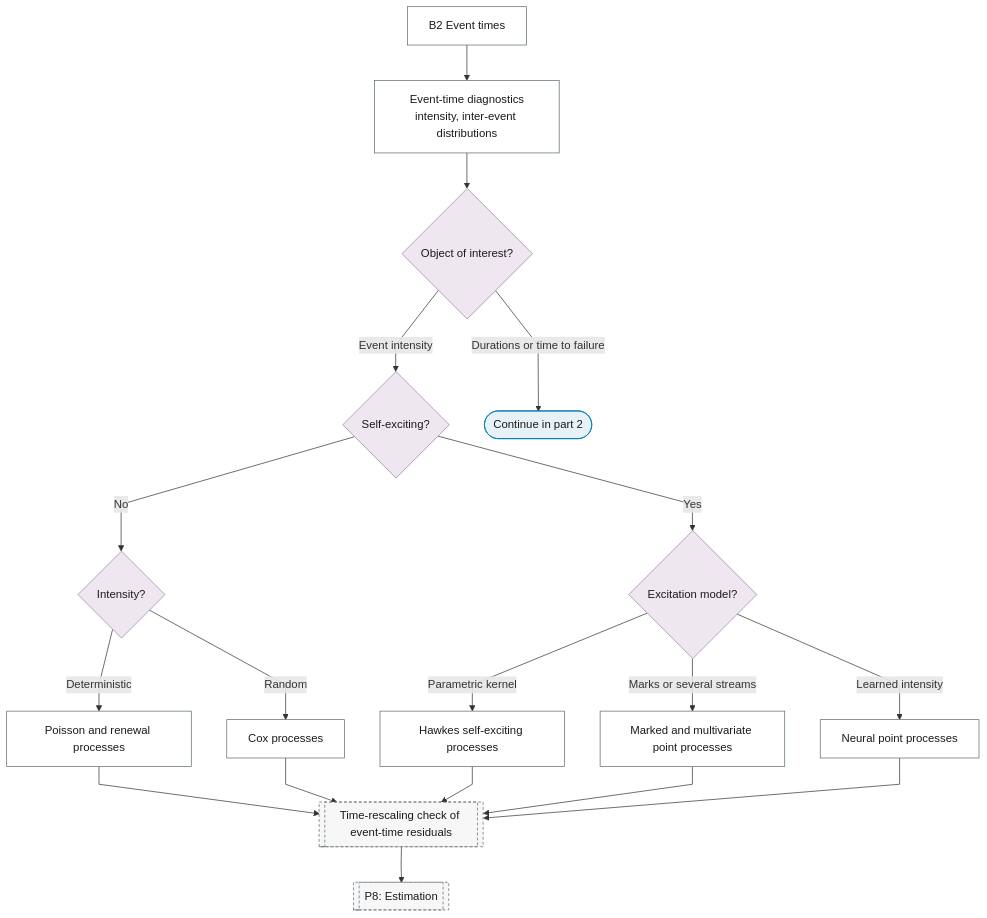
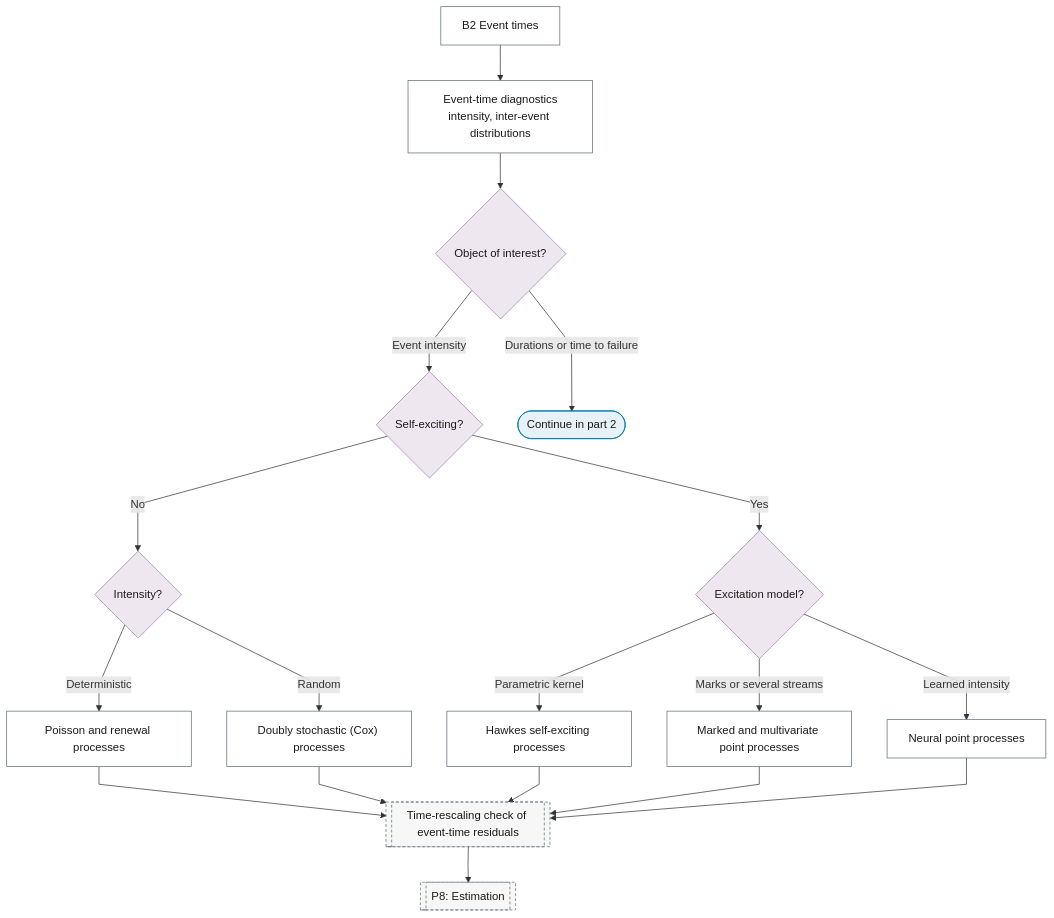
Before and after one commit to Shuxin-Y/time-series-analysis-manual: the first of 2 diagrams in docs/reference/17-point-processes/index.md, drawn with Mermaid. The commit also changed other lines of this file and 6 other files, not shown here.

````diff
--- a/docs/reference/17-point-processes/index.md
+++ b/docs/reference/17-point-processes/index.md
@@ -9,29 +9,29 @@
 ```mermaid
 %%{init: {"flowchart": {"curve": "linear"}}}%%
 graph TD
     B2["B2 Event times"] --> B2_EVENT_EDA["Event-time diagnostics<br/>intensity, inter-event distributions"]
     B2_EVENT_EDA --> B2_QUESTION{"Object of interest?"}
     B2_QUESTION -->|"Event intensity"| B2_CLUSTERING{"Self-exciting?"}
     B2_QUESTION -->|"Durations or time to failure"| B2_TO_PART_2(["Continue in part 2"])
     B2_CLUSTERING -->|"No"| B2_BASELINE{"Intensity?"}
     B2_CLUSTERING -->|"Yes"| B2_EXCITATION{"Excitation model?"}
     B2_BASELINE -->|"Deterministic"| B2_POISSON["Poisson and renewal processes"]
-    B2_BASELINE -->|"Random"| B2_COX["Cox processes"]
+    B2_BASELINE -->|"Random"| B2_COX["Doubly stochastic (Cox) processes"]
     B2_EXCITATION -->|"Parametric kernel"| B2_HAWKES["Hawkes self-exciting processes"]
     B2_EXCITATION -->|"Marks or several streams"| B2_MARKED["Marked and multivariate point processes"]
     B2_EXCITATION -->|"Learned intensity"| B2_NEURAL_PP["Neural point processes"]
     B2_POISSON & B2_COX & B2_HAWKES & B2_MARKED & B2_NEURAL_PP --> P7_RESCALING[["Time-rescaling check of event-time residuals"]]
     P7_RESCALING --> P8[["P8: Estimation"]]
     class B2_TO_PART_2 terminator
     class B2_QUESTION,B2_CLUSTERING,B2_BASELINE,B2_EXCITATION decision
     class B2,B2_EVENT_EDA,B2_POISSON,B2_COX,B2_HAWKES,B2_MARKED,B2_NEURAL_PP process
     class P7_RESCALING,P8 ref
     classDef terminator fill:#E6F2F7,stroke:#007BA7,color:#1A1A1A;
     classDef process fill:#FFFFFF,stroke:#5A6B73,color:#1A1A1A;
     classDef decision fill:#EFE7F0,stroke:#9B7FA7,color:#1A1A1A;
     classDef data fill:#FFF4E0,stroke:#C9A55E,color:#1A1A1A;
     classDef good fill:#DCEFD8,stroke:#4A7A3F,color:#1A1A1A;
     classDef escalate fill:#FFE9C2,stroke:#C9A55E,color:#1A1A1A;
     classDef problem fill:#F2D9DE,stroke:#800020,color:#1A1A1A;
     classDef ref fill:#F7F7F7,stroke:#5A6B73,color:#1A1A1A,stroke-dasharray:4 3;
 ```
````
